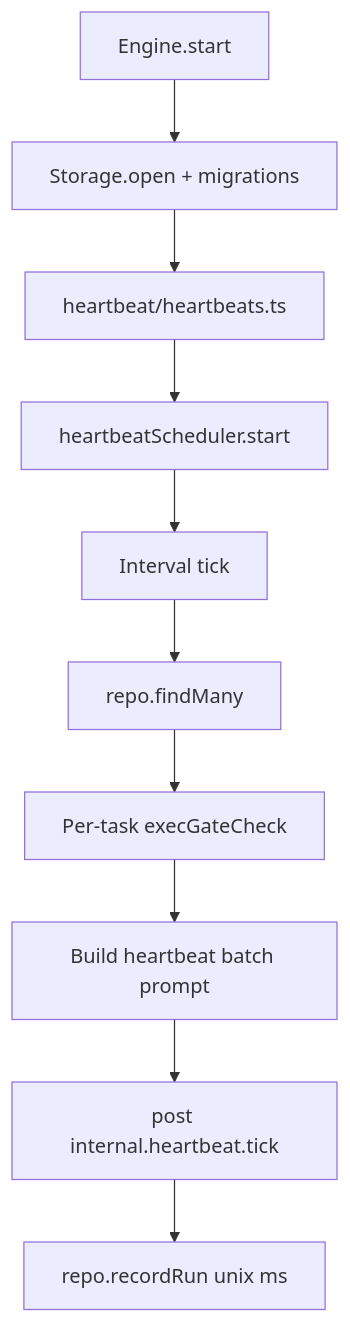
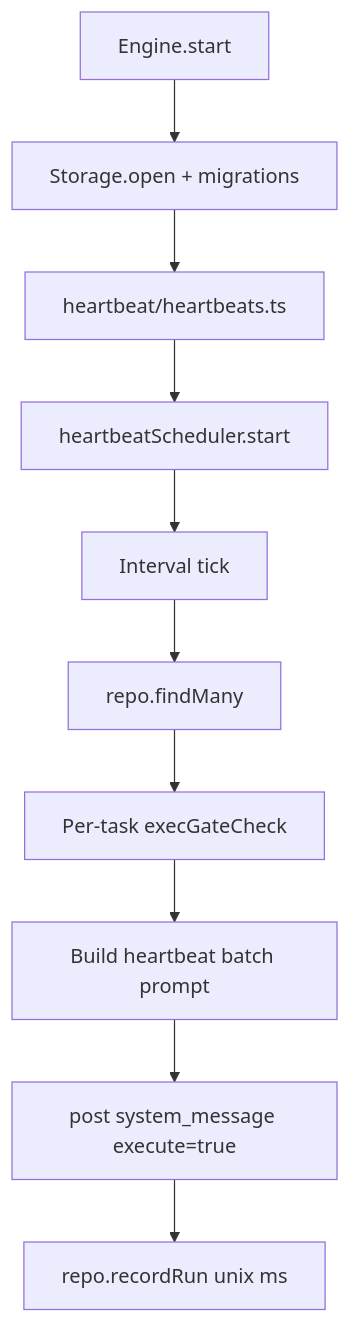
One commit to ex3ndr-bot/daycare changed the diagram in packages/daycare/sources/engine/heartbeat/README.md. Above: the diagram before and after it, drawn with Mermaid. The commit also changed 17 other files, not shown here.

````diff
--- a/packages/daycare/sources/engine/heartbeat/README.md
+++ b/packages/daycare/sources/engine/heartbeat/README.md
@@ -29,12 +29,12 @@
 ```mermaid
 flowchart TD
   Engine[Engine.start] --> Storage[Storage.open + migrations]
   Storage --> Heartbeats[heartbeat/heartbeats.ts]
   Heartbeats --> Scheduler[heartbeatScheduler.start]
   Scheduler --> Tick[Interval tick]
   Tick --> Load[repo.findMany]
   Load --> Gate[Per-task execGateCheck]
   Gate --> Batch[Build heartbeat batch prompt]
-  Batch --> AgentSystem[post internal.heartbeat.tick]
+  Batch --> AgentSystem[post system_message execute=true]
   AgentSystem --> Record[repo.recordRun unix ms]
 ```
````
